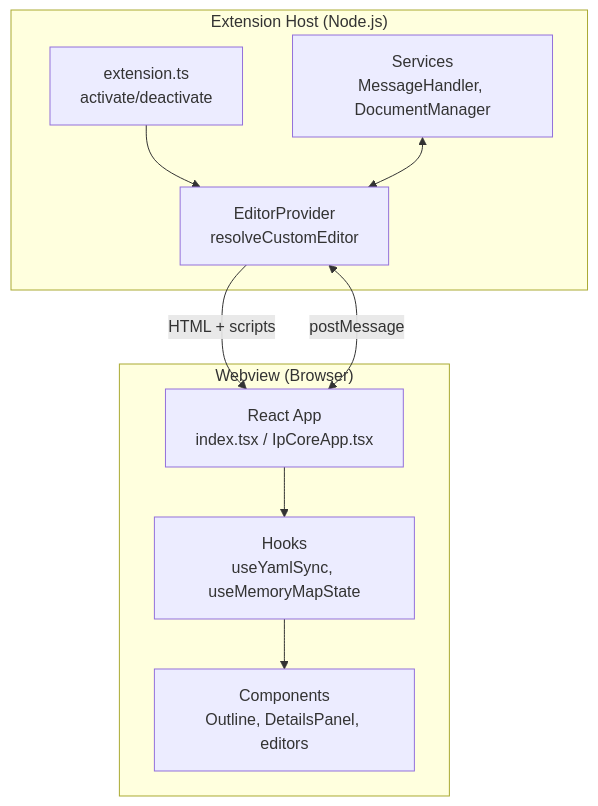
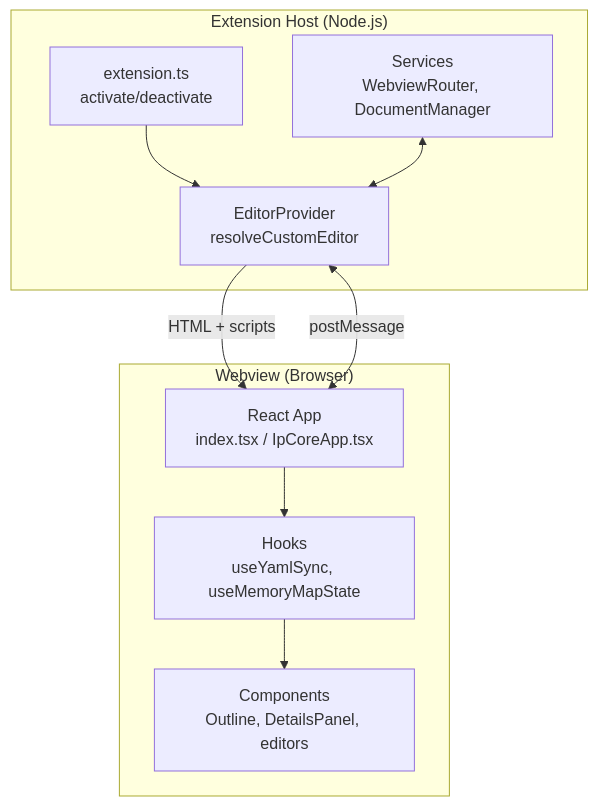
The diagram in docs/concepts/extension-model.md (bleviet/ipcraft-vscode), drawn with Mermaid before and after one commit. The commit also changed other lines of this file and 78 other files, not shown here.

````diff
--- a/docs/concepts/extension-model.md
+++ b/docs/concepts/extension-model.md
@@ -18,18 +18,18 @@
 ```mermaid
 graph TB
     subgraph "Extension Host (Node.js)"
         E[extension.ts<br/>activate/deactivate]
         P[EditorProvider<br/>resolveCustomEditor]
-        S[Services<br/>MessageHandler, DocumentManager]
+        S[Services<br/>WebviewRouter, DocumentManager]
     end
     subgraph "Webview (Browser)"
         R[React App<br/>index.tsx / IpCoreApp.tsx]
         H[Hooks<br/>useYamlSync, useMemoryMapState]
         C[Components<br/>Outline, DetailsPanel, editors]
     end
     E --> P
     P -->|"HTML + scripts"| R
     P <-->|"postMessage"| R
     S <--> P
     R --> H --> C
 ```
````
